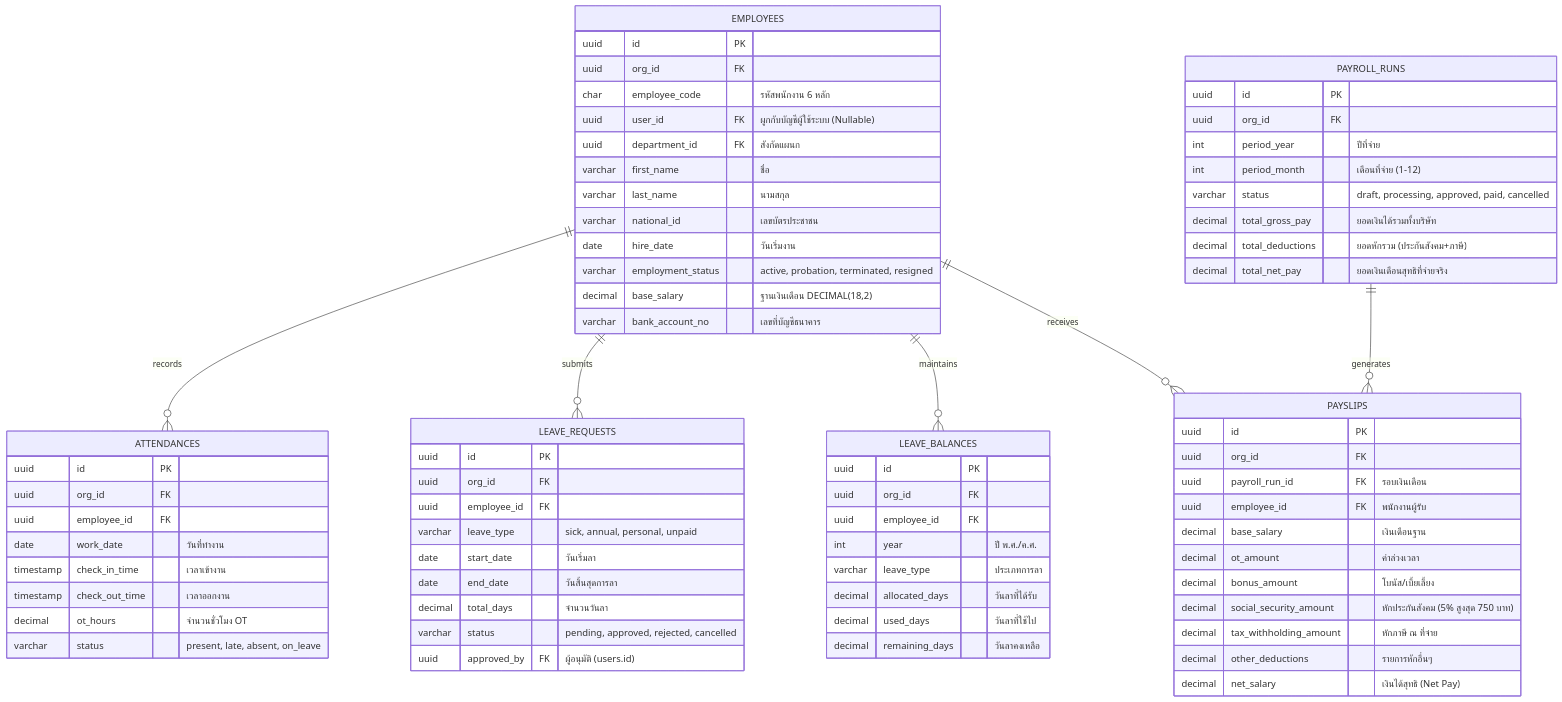
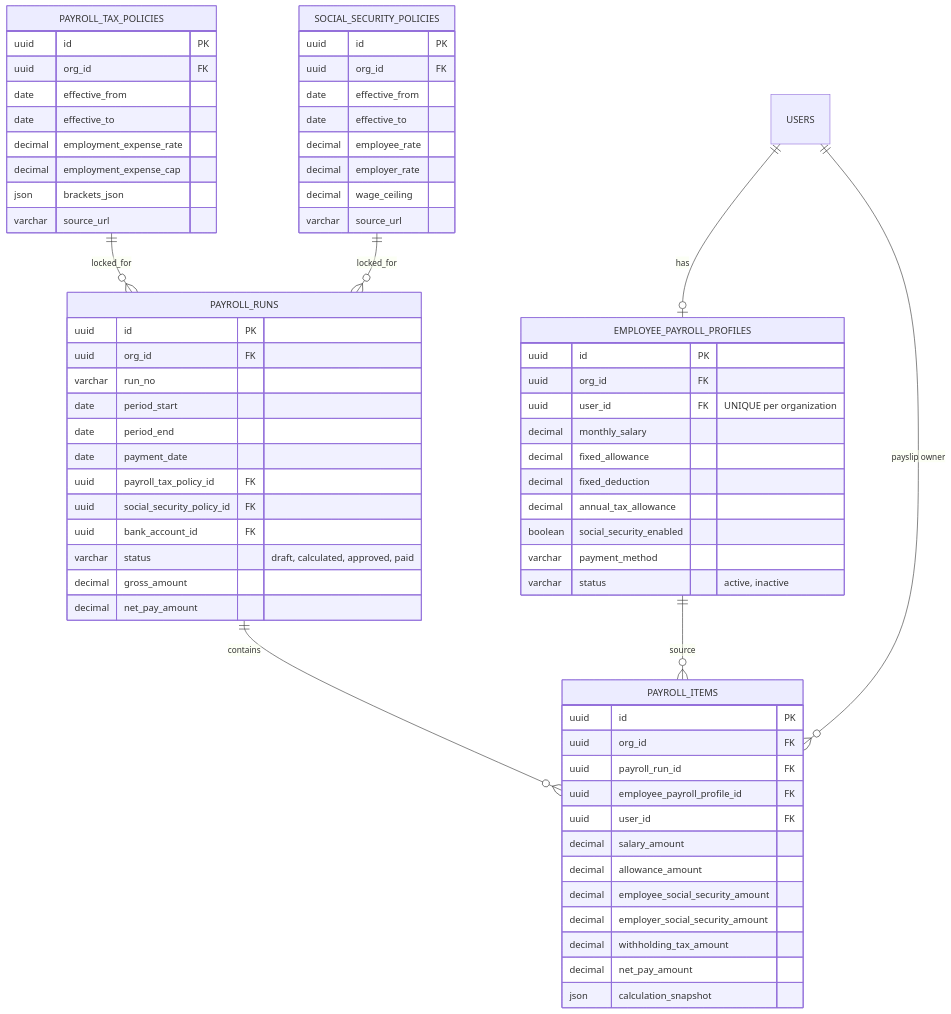
One commit to anuwatm/ERP changed the seventh of 8 diagrams in document/DATABASE_ERD.md. Above: the diagram before and after it, drawn with Mermaid. The commit also changed other lines of this file and 76 other files, not shown here.

````diff
--- a/document/DATABASE_ERD.md
+++ b/document/DATABASE_ERD.md
@@ -487,82 +489,69 @@
 ```mermaid
 erDiagram
-    EMPLOYEES {
+    EMPLOYEE_PAYROLL_PROFILES {
         uuid id PK
         uuid org_id FK
-        char employee_code "รหัสพนักงาน 6 หลัก"
-        uuid user_id FK "ผูกกับบัญชีผู้ใช้ระบบ (Nullable)"
-        uuid department_id FK "สังกัดแผนก"
-        varchar first_name "ชื่อ"
-        varchar last_name "นามสกุล"
-        varchar national_id "เลขบัตรประชาชน"
-        date hire_date "วันเริ่มงาน"
-        varchar employment_status "active, probation, terminated, resigned"
-        decimal base_salary "ฐานเงินเดือน DECIMAL(18,2)"
-        varchar bank_account_no "เลขที่บัญชีธนาคาร"
+        uuid user_id FK "UNIQUE per organization"
+        decimal monthly_salary
+        decimal fixed_allowance
+        decimal fixed_deduction
+        decimal annual_tax_allowance
+        boolean social_security_enabled
+        varchar payment_method
+        varchar status "active, inactive"
     }
-
-    ATTENDANCES {
+    PAYROLL_TAX_POLICIES {
         uuid id PK
         uuid org_id FK
-        uuid employee_id FK
-        date work_date "วันที่ทำงาน"
-        timestamp check_in_time "เวลาเข้างาน"
-        timestamp check_out_time "เวลาออกงาน"
-        decimal ot_hours "จำนวนชั่วโมง OT"
-        varchar status "present, late, absent, on_leave"
+        date effective_from
+        date effective_to
+        decimal employment_expense_rate
+        decimal employment_expense_cap
+        json brackets_json
+        varchar source_url
     }
-
-    LEAVE_REQUESTS {
+    SOCIAL_SECURITY_POLICIES {
         uuid id PK
         uuid org_id FK
-        uuid employee_id FK
-        varchar leave_type "sick, annual, personal, unpaid"
-        date start_date "วันเริ่มลา"
-        date end_date "วันสิ้นสุดการลา"
-        decimal total_days "จำนวนวันลา"
-        varchar status "pending, approved, rejected, cancelled"
-        uuid approved_by FK "ผู้อนุมัติ (users.id)"
+        date effective_from
+        date effective_to
+        decimal employee_rate
+        decimal employer_rate
+        decimal wage_ceiling
+        varchar source_url
     }
-
-    LEAVE_BALANCES {
-        uuid id PK
-        uuid org_id FK
-        uuid employee_id FK
-        int year "ปี พ.ศ./ค.ศ."
-        varchar leave_type "ประเภทการลา"
-        decimal allocated_days "วันลาที่ได้รับ"
-        decimal used_days "วันลาที่ใช้ไป"
-        decimal remaining_days "วันลาคงเหลือ"
-    }
-
     PAYROLL_RUNS {
         uuid id PK
         uuid org_id FK
-        int period_year "ปีที่จ่าย"
-        int period_month "เดือนที่จ่าย (1-12)"
-        varchar status "draft, processing, approved, paid, cancelled"
-        decimal total_gross_pay "ยอดเงินได้รวมทั้งบริษัท"
-        decimal total_deductions "ยอดหักรวม (ประกันสังคม+ภาษี)"
-        decimal total_net_pay "ยอดเงินเดือนสุทธิที่จ่ายจริง"
+        varchar run_no
+        date period_start
+        date period_end
+        date payment_date
+        uuid payroll_tax_policy_id FK
+        uuid social_security_policy_id FK
+        uuid bank_account_id FK
+        varchar status "draft, calculated, approved, paid"
+        decimal gross_amount
+        decimal net_pay_amount
     }
-
-    PAYSLIPS {
+    PAYROLL_ITEMS {
         uuid id PK
         uuid org_id FK
-        uuid payroll_run_id FK "รอบเงินเดือน"
-        uuid employee_id FK "พนักงานผู้รับ"
-        decimal base_salary "เงินเดือนฐาน"
-        decimal ot_amount "ค่าล่วงเวลา"
-        decimal bonus_amount "โบนัส/เบี้ยเลี้ยง"
-        decimal social_security_amount "หักประกันสังคม (5% สูงสุด 750 บาท)"
-        decimal tax_withholding_amount "หักภาษี ณ ที่จ่าย"
-        decimal other_deductions "รายการหักอื่นๆ"
-        decimal net_salary "เงินได้สุทธิ (Net Pay)"
+        uuid payroll_run_id FK
+        uuid employee_payroll_profile_id FK
+        uuid user_id FK
+        decimal salary_amount
+        decimal allowance_amount
+        decimal employee_social_security_amount
+        decimal employer_social_security_amount
+        decimal withholding_tax_amount
+        decimal net_pay_amount
+        json calculation_snapshot
     }
-
-    EMPLOYEES ||--o{ ATTENDANCES : "records"
-    EMPLOYEES ||--o{ LEAVE_REQUESTS : "submits"
-    EMPLOYEES ||--o{ LEAVE_BALANCES : "maintains"
-    PAYROLL_RUNS ||--o{ PAYSLIPS : "generates"
-    EMPLOYEES ||--o{ PAYSLIPS : "receives"
+    USERS ||--o| EMPLOYEE_PAYROLL_PROFILES : "has"
+    PAYROLL_TAX_POLICIES ||--o{ PAYROLL_RUNS : "locked_for"
+    SOCIAL_SECURITY_POLICIES ||--o{ PAYROLL_RUNS : "locked_for"
+    PAYROLL_RUNS ||--o{ PAYROLL_ITEMS : "contains"
+    EMPLOYEE_PAYROLL_PROFILES ||--o{ PAYROLL_ITEMS : "source"
+    USERS ||--o{ PAYROLL_ITEMS : "payslip owner"
 ```
````
